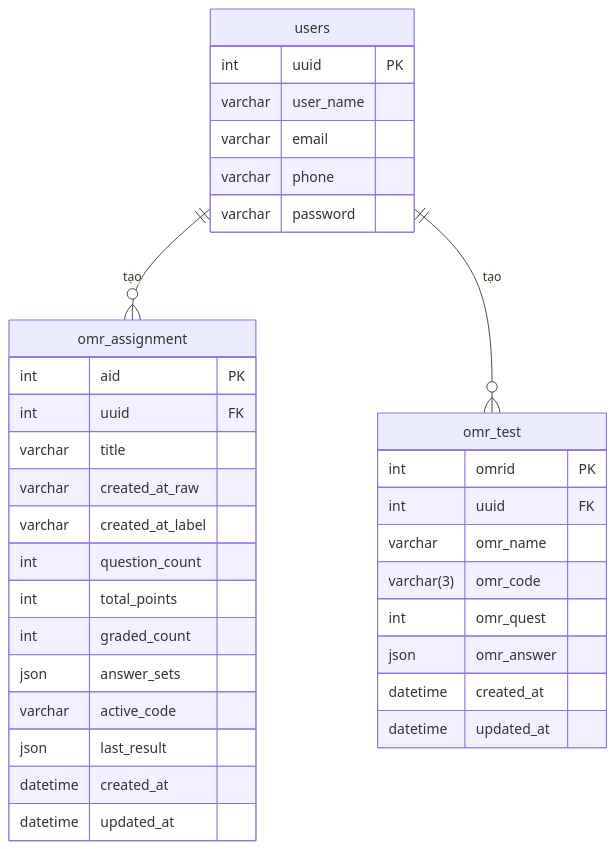
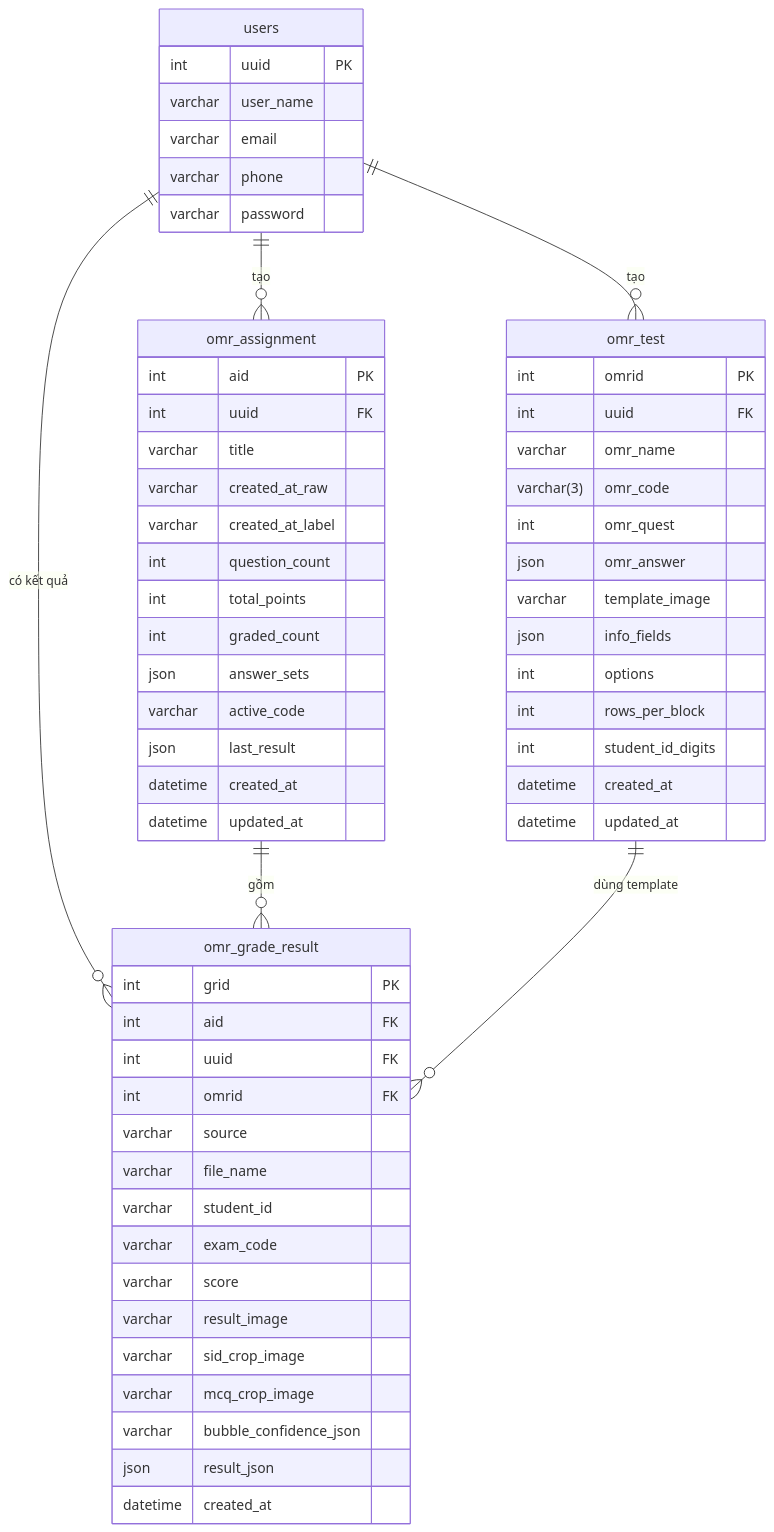
One commit to Dung20225817/DATN changed diagram 12 of 15 in DATN.md. Above: the diagram before and after it, drawn with Mermaid. The commit also changed other lines of this file and 29 other files, not shown here.

````diff
--- a/DATN.md
+++ b/DATN.md
@@ -845,40 +1132,66 @@
 ```mermaid
 erDiagram
     users {
         int uuid PK
         varchar user_name
         varchar email
         varchar phone
         varchar password
     }
 
     omr_assignment {
         int aid PK
         int uuid FK
         varchar title
         varchar created_at_raw
         varchar created_at_label
         int question_count
         int total_points
         int graded_count
         json answer_sets
         varchar active_code
         json last_result
         datetime created_at
         datetime updated_at
     }
 
     omr_test {
         int omrid PK
         int uuid FK
         varchar omr_name
         varchar(3) omr_code
         int omr_quest
         json omr_answer
+        varchar template_image
+        json info_fields
+        int options
+        int rows_per_block
+        int student_id_digits
         datetime created_at
         datetime updated_at
     }
 
+    omr_grade_result {
+        int grid PK
+        int aid FK
+        int uuid FK
+        int omrid FK
+        varchar source
+        varchar file_name
+        varchar student_id
+        varchar exam_code
+        varchar score
+        varchar result_image
+        varchar sid_crop_image
+        varchar mcq_crop_image
+        varchar bubble_confidence_json
+        json result_json
+        datetime created_at
+    }
+
     users ||--o{ omr_assignment : "tạo"
     users ||--o{ omr_test : "tạo"
+    users ||--o{ omr_grade_result : "có kết quả"
+    omr_assignment ||--o{ omr_grade_result : "gồm"
+    omr_test ||--o{ omr_grade_result : "dùng template"
 ```
````
